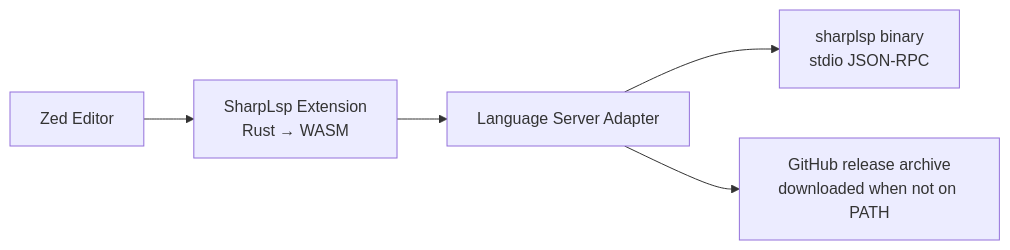
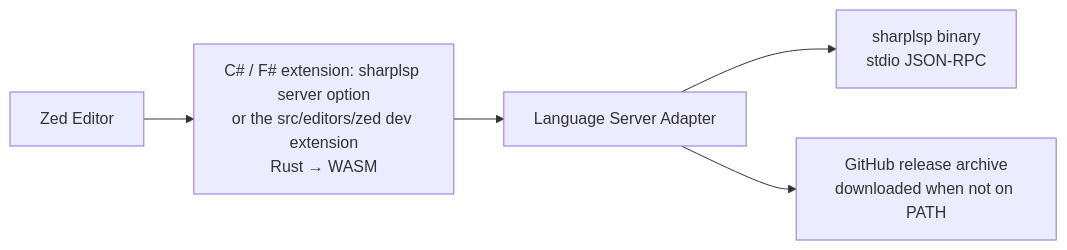
The first of 2 diagrams in docs/plans/ZED-PLAN.md (Nimblesite/SharpLsp), drawn with Mermaid before and after one commit. The commit also changed other lines of this file and 1 other file, not shown here.

First line of the commit message:
Docs: ship SharpLsp in Zed's C# and F# extensions, not a registry extension (#372)

````diff
--- a/docs/plans/ZED-PLAN.md
+++ b/docs/plans/ZED-PLAN.md
@@ -12,7 +12,7 @@
 ```mermaid
 flowchart LR
-    ZED["Zed Editor"] --> EXT["SharpLsp Extension<br/>Rust → WASM"]
+    ZED["Zed Editor"] --> EXT["C# / F# extension: sharplsp server option<br/>or the src/editors/zed dev extension<br/>Rust → WASM"]
     EXT --> ADAPTER["Language Server Adapter"]
     ADAPTER --> BIN["sharplsp binary<br/>stdio JSON-RPC"]
     ADAPTER --> GH["GitHub release archive<br/>downloaded when not on PATH"]
 ```
````
